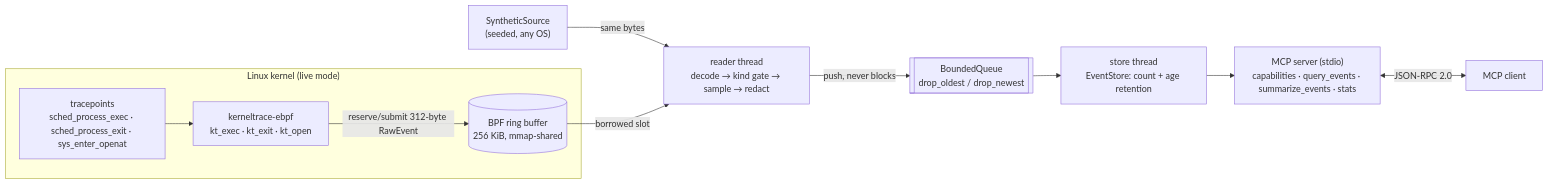
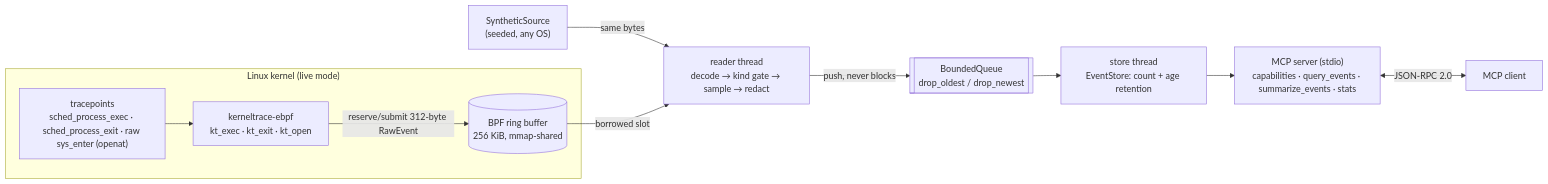
The diagram in README.md (hellpuffyt/eBPF-KernelTrace-MCP), drawn with Mermaid before and after one commit. The commit also changed other lines of this file and 10 other files, not shown here.

First line of the commit message:
fix(live): trace openat via raw sys_enter; perf sys_enter_openat ran on CPU 0 only on 7.0.y (#7)

````diff
--- a/README.md
+++ b/README.md
@@ -108,13 +108,13 @@
 ```mermaid
 flowchart LR
   subgraph kernel["Linux kernel (live mode)"]
-    TP["tracepoints<br/>sched_process_exec · sched_process_exit · sys_enter_openat"] --> P["kerneltrace-ebpf<br/>kt_exec · kt_exit · kt_open"]
+    TP["tracepoints<br/>sched_process_exec · sched_process_exit · raw sys_enter (openat)"] --> P["kerneltrace-ebpf<br/>kt_exec · kt_exit · kt_open"]
     P -->|reserve/submit 312-byte RawEvent| RB[("BPF ring buffer<br/>256 KiB, mmap-shared")]
   end
   SYN["SyntheticSource<br/>(seeded, any OS)"] -->|same bytes| R
   RB -->|borrowed slot| R["reader thread<br/>decode → kind gate → sample → redact"]
   R -->|push, never blocks| Q[["BoundedQueue<br/>drop_oldest / drop_newest"]]
   Q --> S["store thread<br/>EventStore: count + age retention"]
   S --> M["MCP server (stdio)<br/>capabilities · query_events · summarize_events · stats"]
   M <-->|JSON-RPC 2.0| C["MCP client"]
 ```
````
